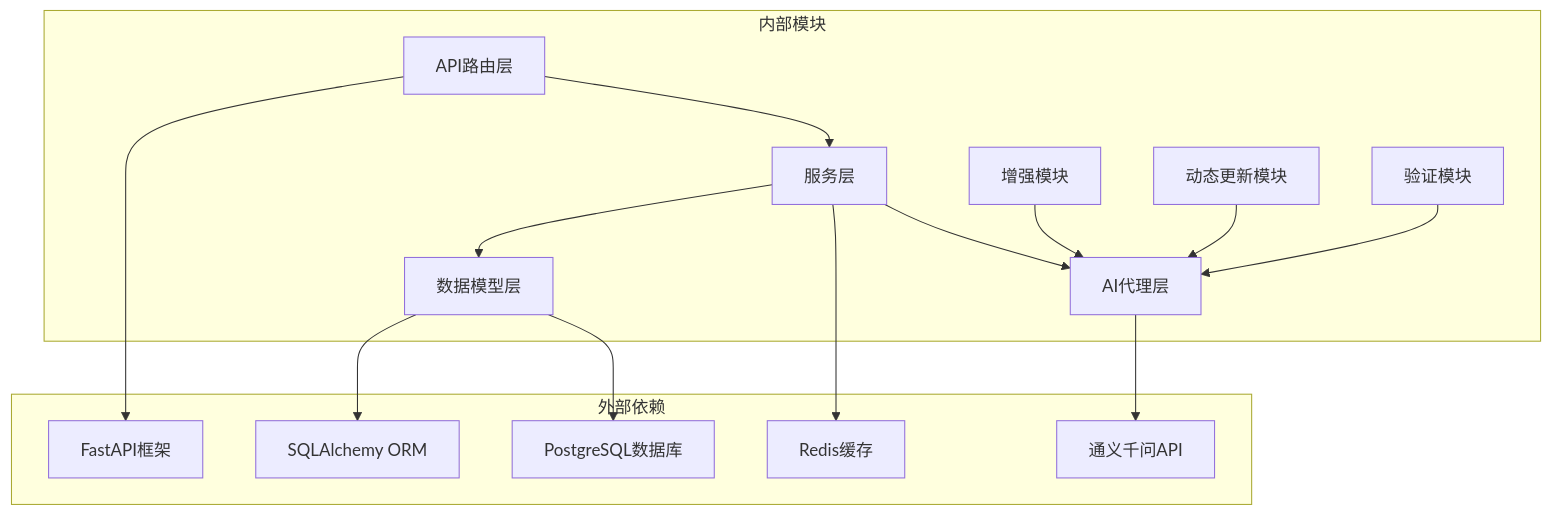
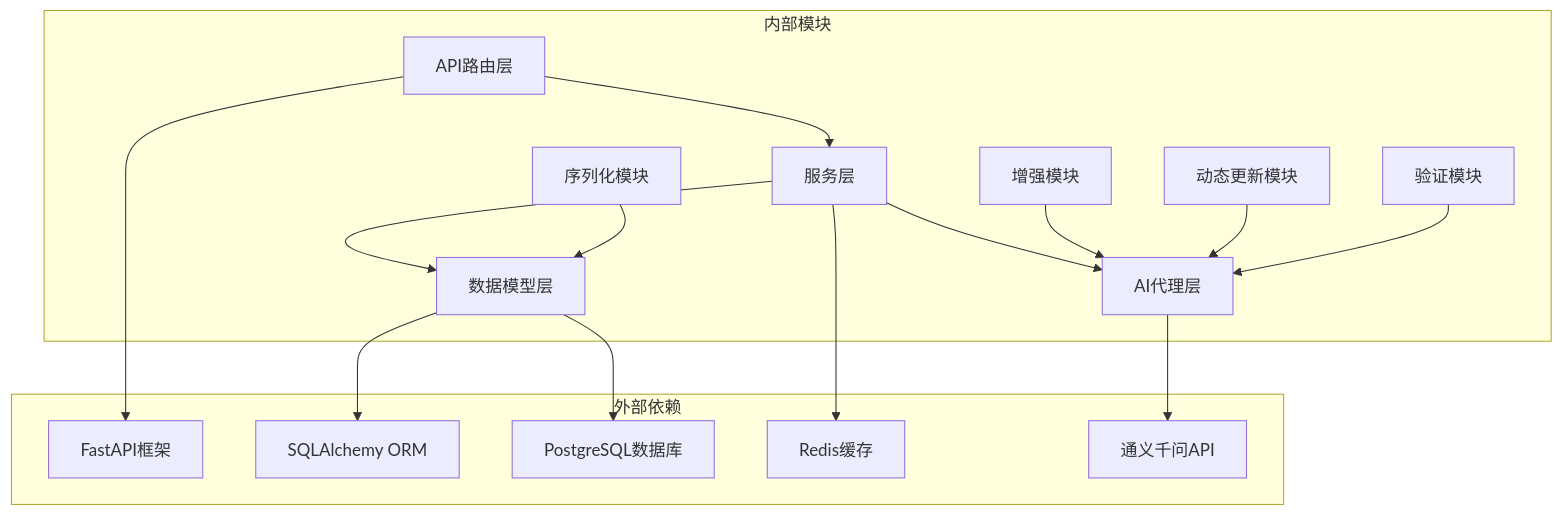
Diagram 13 of 13 in .qoder/repowiki/zh/content/API接口文档/大纲管理API.md (xfbyxq/ai-novel-system), drawn with Mermaid before and after one commit. The commit also changed other lines of this file and 5 other files, not shown here.

````diff
--- a/.qoder/repowiki/zh/content/API接口文档/大纲管理API.md
+++ b/.qoder/repowiki/zh/content/API接口文档/大纲管理API.md
@@ -508,30 +615,32 @@
 ```mermaid
 graph TB
 subgraph "外部依赖"
 FastAPI[FastAPI框架]
 SQLAlchemy[SQLAlchemy ORM]
 Postgres[PostgreSQL数据库]
 Redis[Redis缓存]
 Qwen[通义千问API]
 end
 subgraph "内部模块"
 API[API路由层]
 Service[服务层]
 Model[数据模型层]
 Agent[AI代理层]
 Enhancement[增强模块]
 DynamicUpdate[动态更新模块]
 Validation[验证模块]
+Serialization[序列化模块]
 end
 API --> Service
 Service --> Model
 Service --> Agent
 Agent --> Qwen
 Enhancement --> Agent
 DynamicUpdate --> Agent
 Validation --> Agent
 Model --> SQLAlchemy
 Model --> Postgres
 Service --> Redis
 API --> FastAPI
+Serialization --> Model
 ```
````
